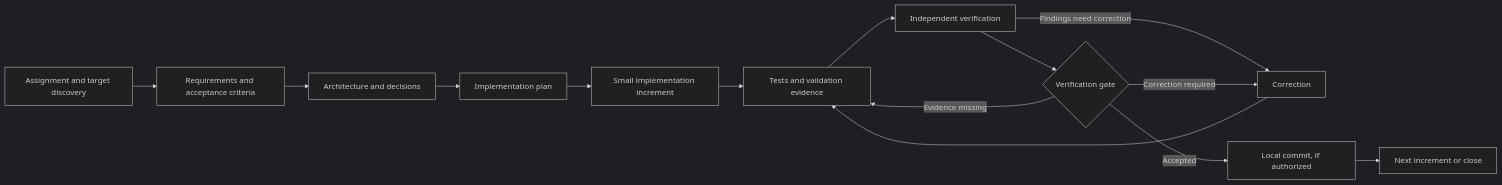
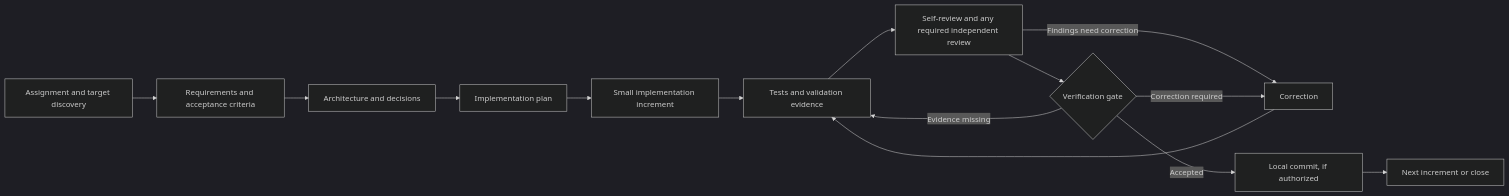
The diagram in README.md (slcosentino1/autonomous-engineering-harness), drawn with Mermaid (dark theme) before and after one commit. The commit also changed other lines of this file and 13 other files, not shown here.

````diff
--- a/README.md
+++ b/README.md
@@ -15,16 +15,16 @@
 ```mermaid
 flowchart LR
     A[Assignment and target discovery] --> B[Requirements and acceptance criteria]
     B --> C[Architecture and decisions]
     C --> D[Implementation plan]
     D --> E[Small implementation increment]
     E --> F[Tests and validation evidence]
-    F --> G[Independent verification]
+    F --> G[Self-review and any required independent review]
     G -->|Findings need correction| K[Correction]
     K --> F
     G --> H{Verification gate}
     H -->|Correction required| K
     H -->|Evidence missing| F
     H -->|Accepted| I[Local commit, if authorized]
     I --> J[Next increment or close]
 ```
````
